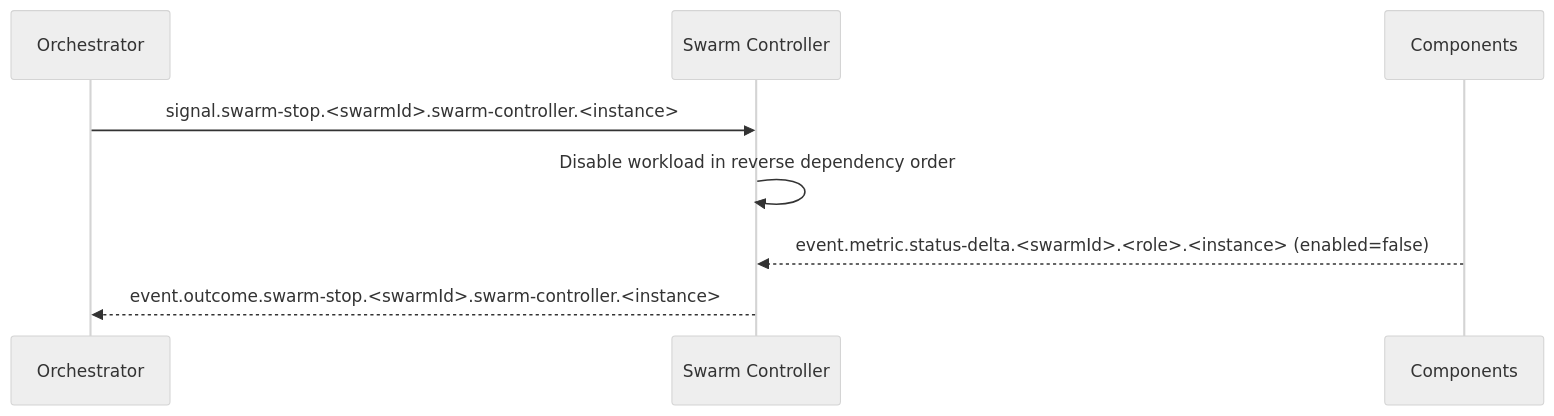
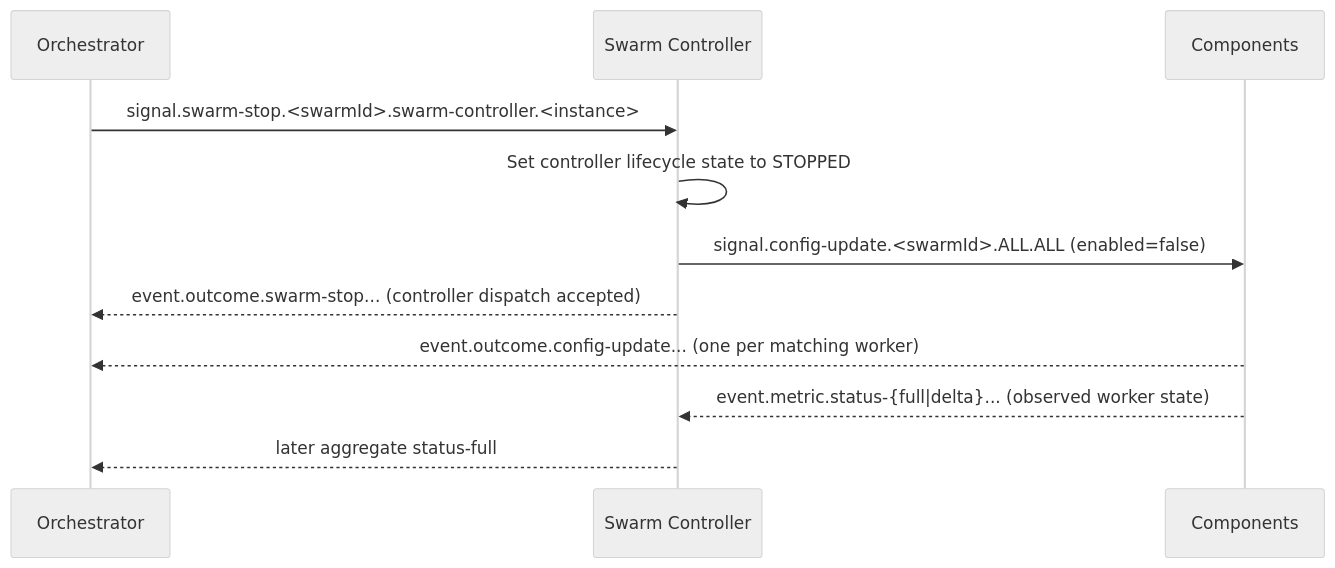
The fifth of 7 diagrams in docs/ARCHITECTURE.md (sepa79/PocketHive), drawn with Mermaid (neutral theme) before and after one commit. The commit also changed other lines of this file and 38 other files, not shown here.

````diff
--- a/docs/ARCHITECTURE.md
+++ b/docs/ARCHITECTURE.md
@@ -613,11 +872,14 @@
 ```mermaid
 sequenceDiagram
   participant QN as Orchestrator
   participant MSH as Swarm Controller
   participant CMP as Components
 
   QN->>MSH: signal.swarm-stop.<swarmId>.swarm-controller.<instance>
-  MSH->>MSH: Disable workload in reverse dependency order
-  CMP-->>MSH: event.metric.status-delta.<swarmId>.<role>.<instance> (enabled=false)
-  MSH-->>QN: event.outcome.swarm-stop.<swarmId>.swarm-controller.<instance>
+  MSH->>MSH: Set controller lifecycle state to STOPPED
+  MSH->>CMP: signal.config-update.<swarmId>.ALL.ALL (enabled=false)
+  MSH-->>QN: event.outcome.swarm-stop... (controller dispatch accepted)
+  CMP-->>QN: event.outcome.config-update... (one per matching worker)
+  CMP-->>MSH: event.metric.status-{full|delta}... (observed worker state)
+  MSH-->>QN: later aggregate status-full
 ```
````
